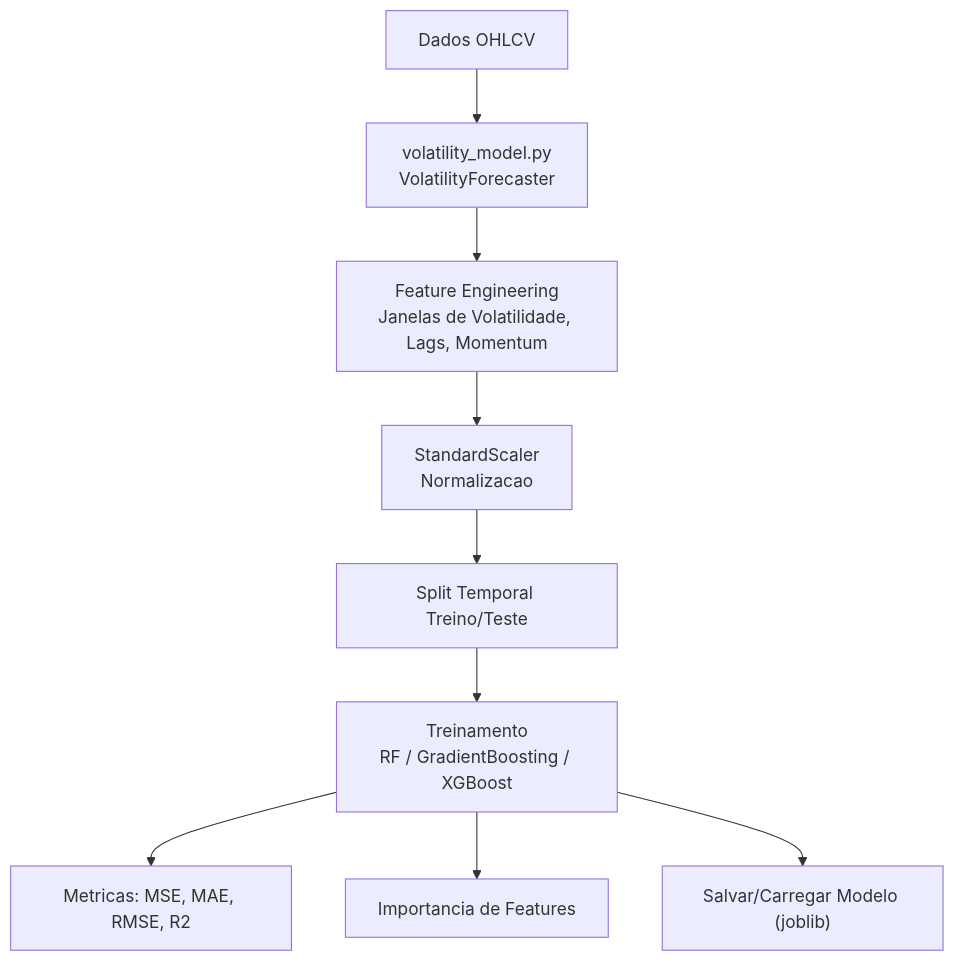
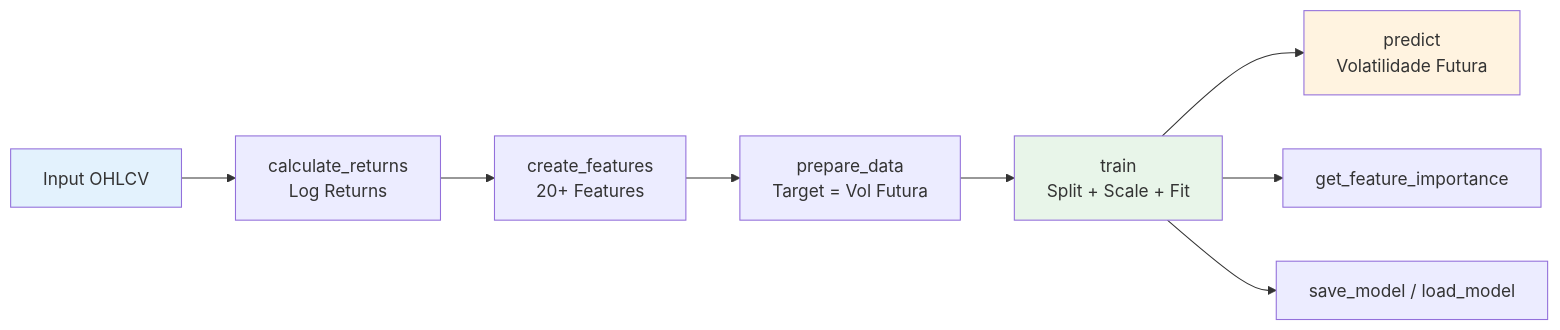
Before and after one commit to galafis/ml-volatility-forecasting: the second of 4 diagrams in README.md, drawn with Mermaid. The commit also changed other lines of this file and 2 other files, not shown here.

````diff
--- a/README.md
+++ b/README.md
@@ -77,11 +65,14 @@
 ```mermaid
-graph TD
-    A["Dados OHLCV"] --> B["volatility_model.py<br/>VolatilityForecaster"]
-    B --> C["Feature Engineering<br/>Janelas de Volatilidade, Lags, Momentum"]
-    C --> D["StandardScaler<br/>Normalizacao"]
-    D --> E["Split Temporal Treino/Teste"]
-    E --> F["Treinamento<br/>RF / GradientBoosting / XGBoost"]
-    F --> G["Metricas: MSE, MAE, RMSE, R2"]
-    F --> H["Importancia de Features"]
-    F --> I["Salvar/Carregar Modelo (joblib)"]
+flowchart LR
+    A["Input OHLCV"] --> B["calculate_returns<br/>Log Returns"]
+    B --> C["create_features<br/>20+ Features"]
+    C --> D["prepare_data<br/>Target = Vol Futura"]
+    D --> E["train<br/>Split + Scale + Fit"]
+    E --> F["predict<br/>Volatilidade Futura"]
+    E --> G["get_feature_importance"]
+    E --> H["save_model / load_model"]
+
+    style A fill:#e3f2fd
+    style E fill:#e8f5e9
+    style F fill:#fff3e0
 ```
````
